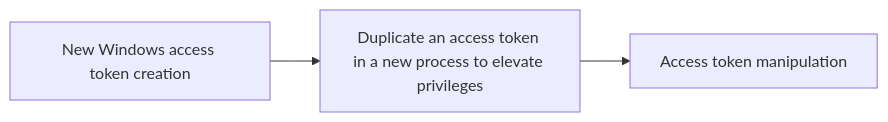
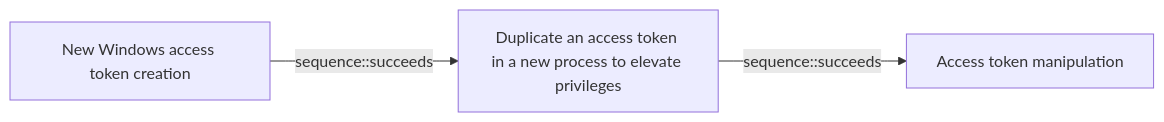
One commit to opentidehq/library changed the diagram in docs/threats/new-windows-access-token-creation.md. Above: the diagram before and after it, drawn with Mermaid. The commit also changed other lines of this file and 277 other files, not shown here.

````diff
--- a/docs/threats/new-windows-access-token-creation.md
+++ b/docs/threats/new-windows-access-token-creation.md
@@ -73,8 +115,8 @@
 ```mermaid
 flowchart LR
 1962f0c7_2f2f_4b4c_bab0_733af8033595["New Windows access token creation"]
 349348ca_66f5_41d2_8610_6bb61556d773["Duplicate an access token in a new process to elevate privileges"]
 2404055a_10f8_4c50_9e9b_0f26756e7838["Access token manipulation"]
-1962f0c7_2f2f_4b4c_bab0_733af8033595 --> 349348ca_66f5_41d2_8610_6bb61556d773
-349348ca_66f5_41d2_8610_6bb61556d773 --> 2404055a_10f8_4c50_9e9b_0f26756e7838
+1962f0c7_2f2f_4b4c_bab0_733af8033595 -->|sequence::succeeds| 349348ca_66f5_41d2_8610_6bb61556d773
+349348ca_66f5_41d2_8610_6bb61556d773 -->|sequence::succeeds| 2404055a_10f8_4c50_9e9b_0f26756e7838
 ```
````
